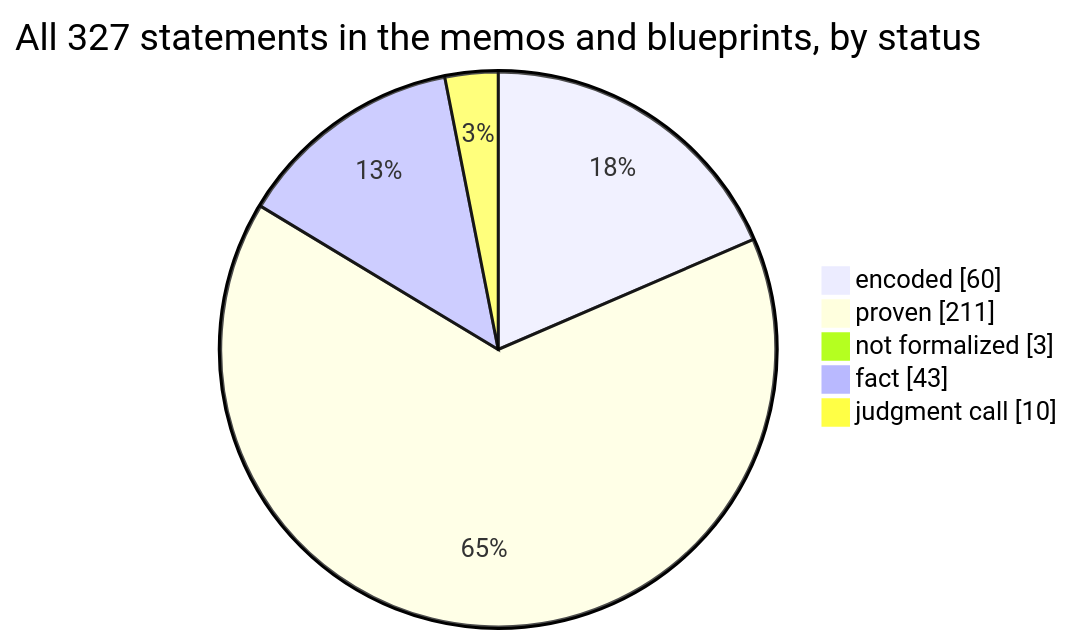
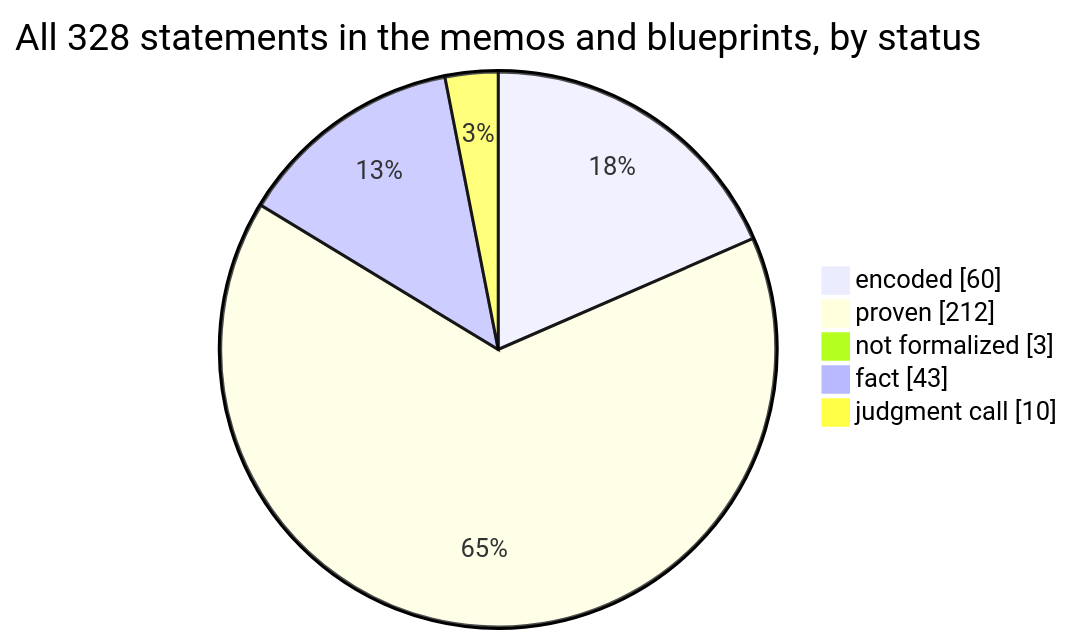
The first of 4 diagrams in docs/graphs/dashboard.md (SeanWMurray/Canteen), drawn with Mermaid before and after one commit. The commit also changed other lines of this file and 25 other files, not shown here.

````diff
--- a/docs/graphs/dashboard.md
+++ b/docs/graphs/dashboard.md
@@ -11,8 +11,8 @@
 ```mermaid
-pie showData title All 327 statements in the memos and blueprints, by status
+pie showData title All 328 statements in the memos and blueprints, by status
     "encoded" : 60
-    "proven" : 211
+    "proven" : 212
     "not formalized" : 3
     "fact" : 43
     "judgment call" : 10
 ```
````
